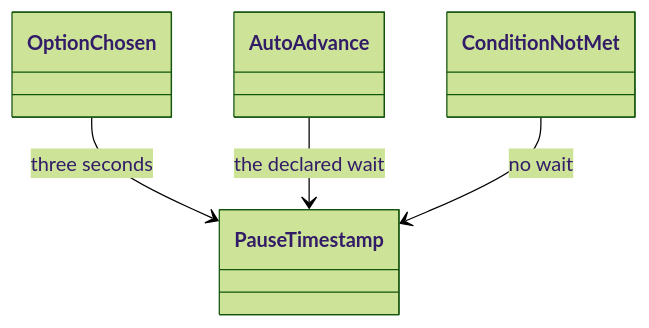
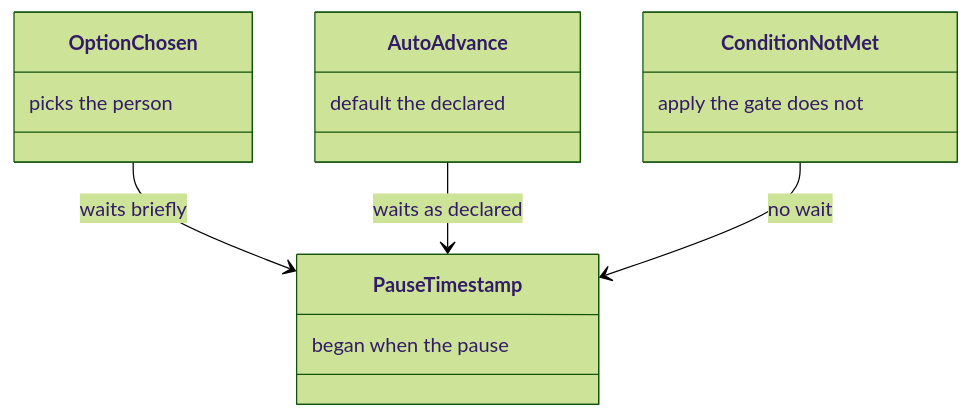
One commit to m2ux/workflow-server changed diagram 12 of 22 in docs/checkpoint.md. Above: the diagram before and after it, drawn with Mermaid (forest theme). The commit also changed other lines of this file and 13 other files, not shown here.

````diff
--- a/docs/checkpoint.md
+++ b/docs/checkpoint.md
@@ -193,10 +219,18 @@
 ```mermaid
 classDiagram
-  class OptionChosen
-  class AutoAdvance
-  class ConditionNotMet
-  class PauseTimestamp
-  OptionChosen --> PauseTimestamp : three seconds
-  AutoAdvance --> PauseTimestamp : the declared wait
+  class OptionChosen {
+    picks the person
+  }
+  class AutoAdvance {
+    default the declared
+  }
+  class ConditionNotMet {
+    apply the gate does not
+  }
+  class PauseTimestamp {
+    began when the pause
+  }
+  OptionChosen --> PauseTimestamp : waits briefly
+  AutoAdvance --> PauseTimestamp : waits as declared
   ConditionNotMet --> PauseTimestamp : no wait
 ```
````
